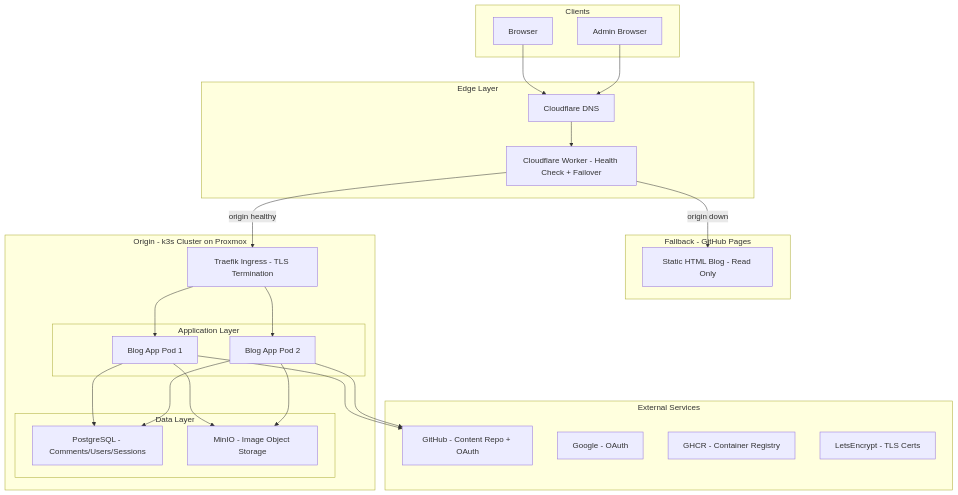
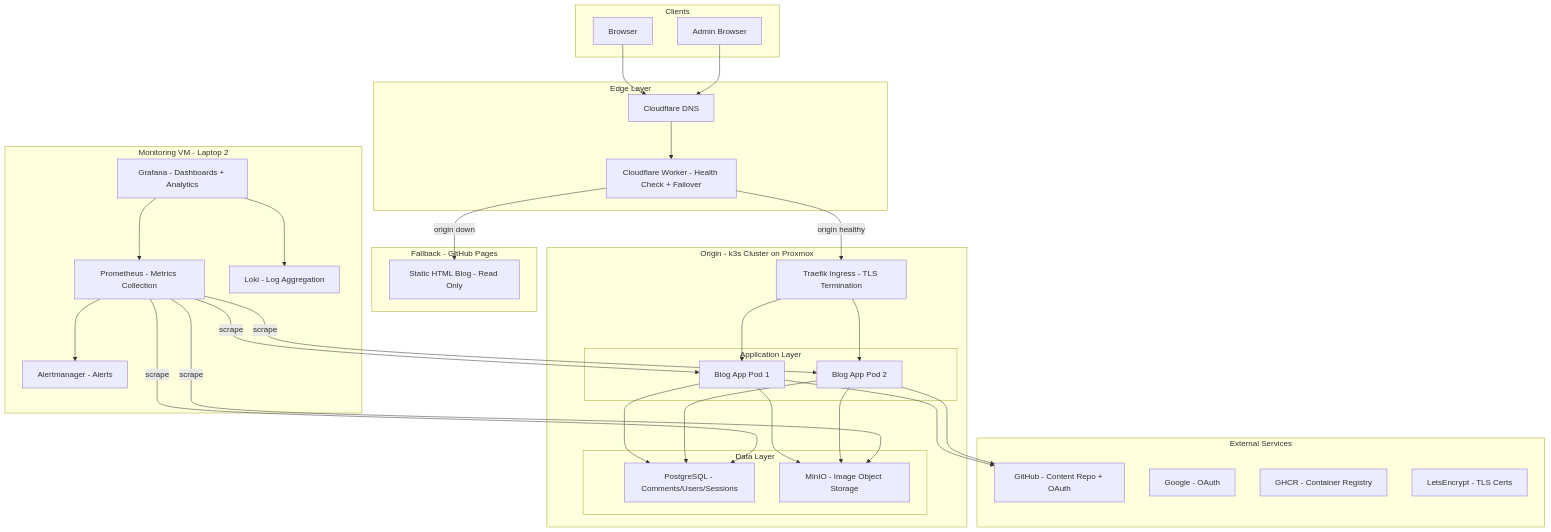
One commit to hybridx/blog changed the first of 7 diagrams in docs/HLD.md. Above: the diagram before and after it, drawn with Mermaid. The commit also changed other lines of this file and 4 other files, not shown here.

First line of the commit message:
Add Prometheus/Grafana monitoring, fix RAM budget to 8GB

````diff
--- a/docs/HLD.md
+++ b/docs/HLD.md
@@ -49,51 +54,65 @@
 ```mermaid
 graph TD
     subgraph clients [Clients]
         Browser[Browser]
         AdminBrowser[Admin Browser]
     end
 
     subgraph edge [Edge Layer]
         CloudflareDNS[Cloudflare DNS]
         CFWorker[Cloudflare Worker - Health Check + Failover]
     end
 
     subgraph fallbackLayer [Fallback - GitHub Pages]
         StaticSite[Static HTML Blog - Read Only]
     end
 
     subgraph origin [Origin - k3s Cluster on Proxmox]
         Traefik[Traefik Ingress - TLS Termination]
 
         subgraph appLayer [Application Layer]
             BlogPod1[Blog App Pod 1]
             BlogPod2[Blog App Pod 2]
         end
 
         subgraph dataLayer [Data Layer]
             PG[PostgreSQL - Comments/Users/Sessions]
             MinIOBox[MinIO - Image Object Storage]
         end
     end
 
+    subgraph monitoringVM [Monitoring VM - Laptop 2]
+        Prometheus[Prometheus - Metrics Collection]
+        GrafanaBox[Grafana - Dashboards + Analytics]
+        AlertMgr[Alertmanager - Alerts]
+        Loki[Loki - Log Aggregation]
+    end
+
     subgraph external [External Services]
         GitHub[GitHub - Content Repo + OAuth]
         Google[Google - OAuth]
         GHCR[GHCR - Container Registry]
         LetsEncrypt[LetsEncrypt - TLS Certs]
     end
 
     Browser --> CloudflareDNS
     AdminBrowser --> CloudflareDNS
     CloudflareDNS --> CFWorker
     CFWorker -->|"origin healthy"| Traefik
     CFWorker -->|"origin down"| StaticSite
     Traefik --> BlogPod1
     Traefik --> BlogPod2
     BlogPod1 --> PG
     BlogPod1 --> MinIOBox
     BlogPod2 --> PG
     BlogPod2 --> MinIOBox
     BlogPod1 --> GitHub
     BlogPod2 --> GitHub
+    Prometheus -->|scrape| BlogPod1
+    Prometheus -->|scrape| BlogPod2
+    Prometheus -->|scrape| PG
+    Prometheus -->|scrape| MinIOBox
+    Prometheus --> AlertMgr
+    GrafanaBox --> Prometheus
+    GrafanaBox --> Loki
 ```
````
